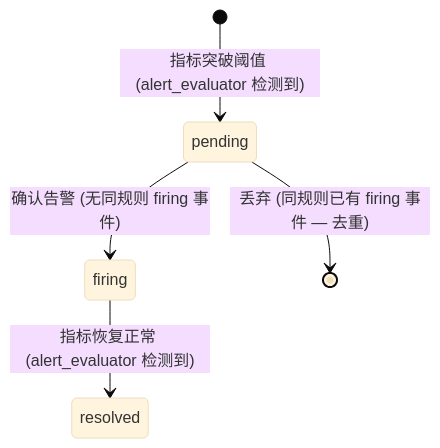
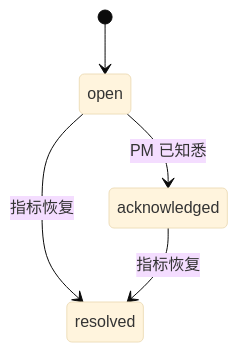
One commit to WangShaoyu1/spec_kit_superpower changed the second of 2 diagrams in specs/master/dd/dd-monitoring.md. Above: the diagram before and after it, drawn with Mermaid (base theme). The commit also changed other lines of this file and 416 other files, not shown here.

````diff
--- a/specs/master/dd/dd-monitoring.md
+++ b/specs/master/dd/dd-monitoring.md
@@ -432,7 +93,7 @@
 ```mermaid
 stateDiagram-v2
-    [*] --> pending: 指标突破阈值 (alert_evaluator 检测到)
-    pending --> firing: 确认告警 (无同规则 firing 事件)
-    pending --> [*]: 丢弃 (同规则已有 firing 事件 — 去重)
-    firing --> resolved: 指标恢复正常 (alert_evaluator 检测到)
+    [*] --> open
+    open --> acknowledged: PM 已知悉
+    open --> resolved: 指标恢复
+    acknowledged --> resolved: 指标恢复
 ```
````
